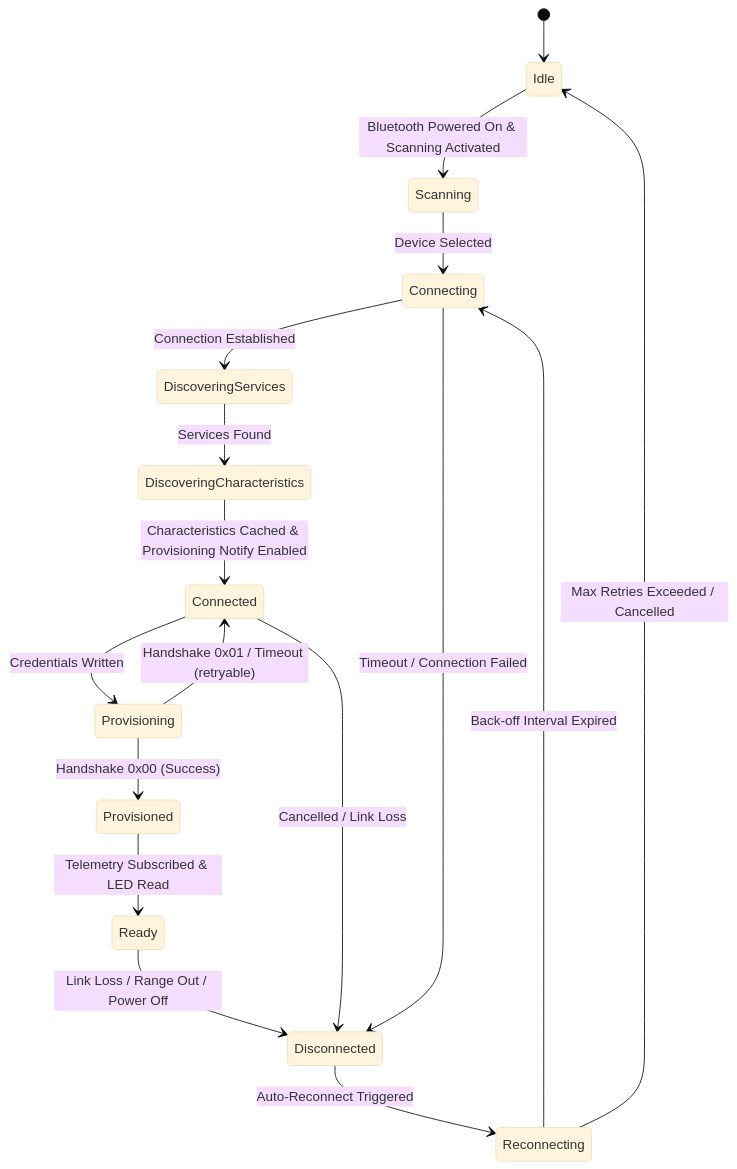
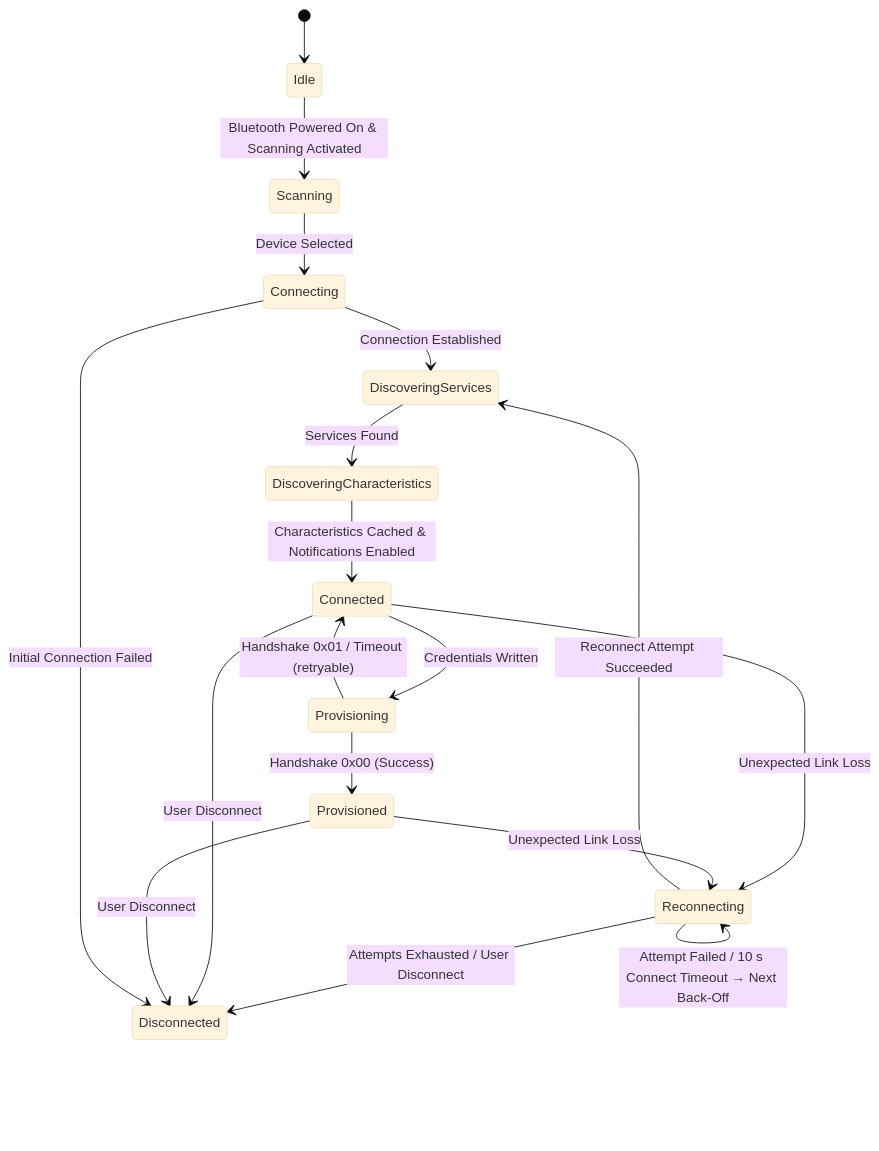
One commit to dumitru-paraschiv/iot-link changed the second of 2 diagrams in docs/ARCHITECTURE.md. Above: the diagram before and after it, drawn with Mermaid (base theme). The commit also changed other lines of this file and 2 other files, not shown here.

Commit message:
docs: update architecture, plan, and README for resiliency (M6); move unit tests to M7

````diff
--- a/docs/ARCHITECTURE.md
+++ b/docs/ARCHITECTURE.md
@@ -234,22 +234,23 @@
 ```mermaid
 stateDiagram-v2
     [*] --> Idle
     Idle --> Scanning : Bluetooth Powered On & Scanning Activated
     Scanning --> Connecting : Device Selected
     Connecting --> DiscoveringServices : Connection Established
     DiscoveringServices --> DiscoveringCharacteristics : Services Found
-    DiscoveringCharacteristics --> Connected : Characteristics Cached & Provisioning Notify Enabled
+    DiscoveringCharacteristics --> Connected : Characteristics Cached & Notifications Enabled
 
     Connected --> Provisioning : Credentials Written
     Provisioning --> Provisioned : Handshake 0x00 (Success)
     Provisioning --> Connected : Handshake 0x01 / Timeout (retryable)
-    Provisioned --> Ready : Telemetry Subscribed & LED Read
 
-    Ready --> Disconnected : Link Loss / Range Out / Power Off
-    Connected --> Disconnected : Cancelled / Link Loss
-    Connecting --> Disconnected : Timeout / Connection Failed
-    
-    Disconnected --> Reconnecting : Auto-Reconnect Triggered
-    Reconnecting --> Connecting : Back-off Interval Expired
-    Reconnecting --> Idle : Max Retries Exceeded / Cancelled
+    Connected --> Reconnecting : Unexpected Link Loss
+    Provisioned --> Reconnecting : Unexpected Link Loss
+    Reconnecting --> DiscoveringServices : Reconnect Attempt Succeeded
+    Reconnecting --> Reconnecting : Attempt Failed / 10 s Connect Timeout → Next Back-Off
+    Reconnecting --> Disconnected : Attempts Exhausted / User Disconnect
+
+    Connected --> Disconnected : User Disconnect
+    Provisioned --> Disconnected : User Disconnect
+    Connecting --> Disconnected : Initial Connection Failed
 ```
````
